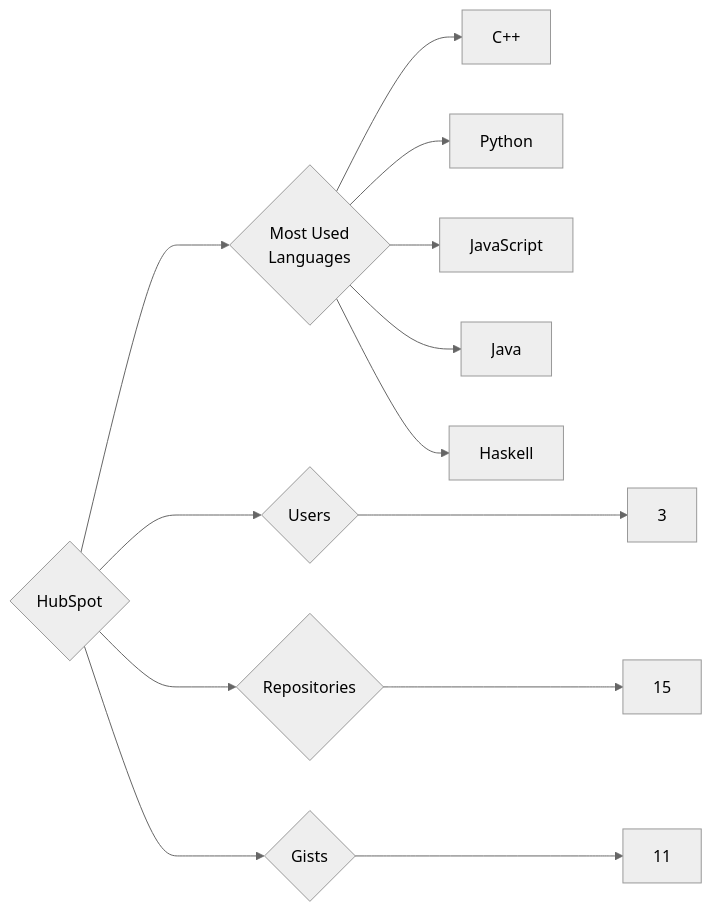
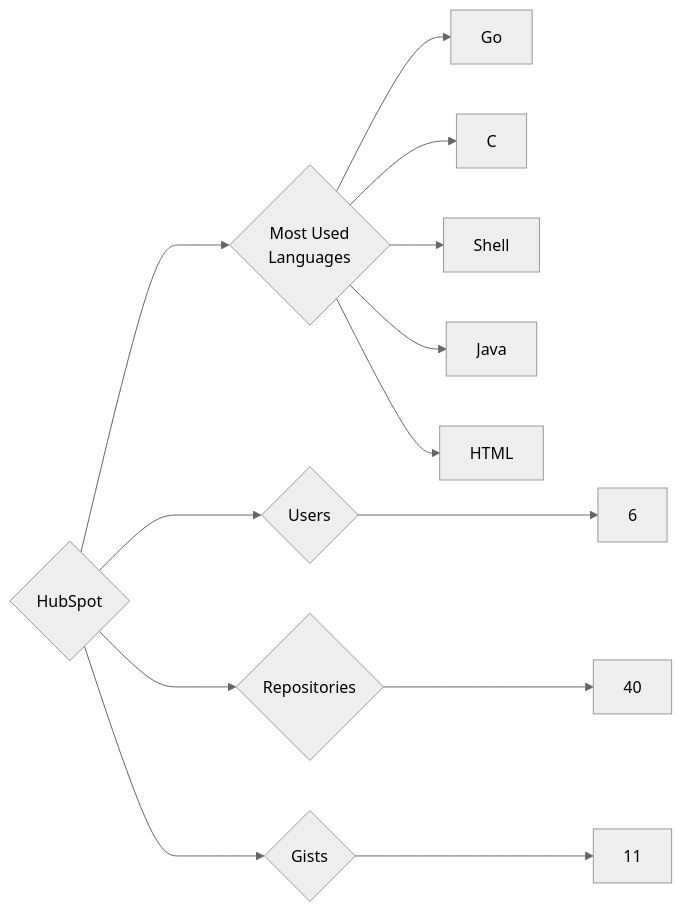
Before and after one commit to trickest/insiders: the diagram in targets/HubSpot/README.md, drawn with Mermaid (neutral theme). The commit also changed 1007 other files, not shown here.

````diff
--- a/targets/HubSpot/README.md
+++ b/targets/HubSpot/README.md
@@ -3,13 +3,13 @@
 ```mermaid
 graph LR
 COMPANY_NAME{HubSpot}
-COMPANY_NAME ---> U{Users} ---> UN[3]
-COMPANY_NAME ---> R{Repositories} ---> RN[15]
+COMPANY_NAME ---> U{Users} ---> UN[6]
+COMPANY_NAME ---> R{Repositories} ---> RN[40]
 COMPANY_NAME ---> G{Gists} ---> GN[11]
 COMPANY_NAME ---> ML{Most Used<br>Languages}
-ML --> C++[C++]
-ML --> Python[Python]
-ML --> JavaScript[JavaScript]
+ML --> Go[Go]
+ML --> C[C]
+ML --> Shell[Shell]
 ML --> Java[Java]
-ML --> Haskell[Haskell]
+ML --> HTML[HTML]
 ```
````
